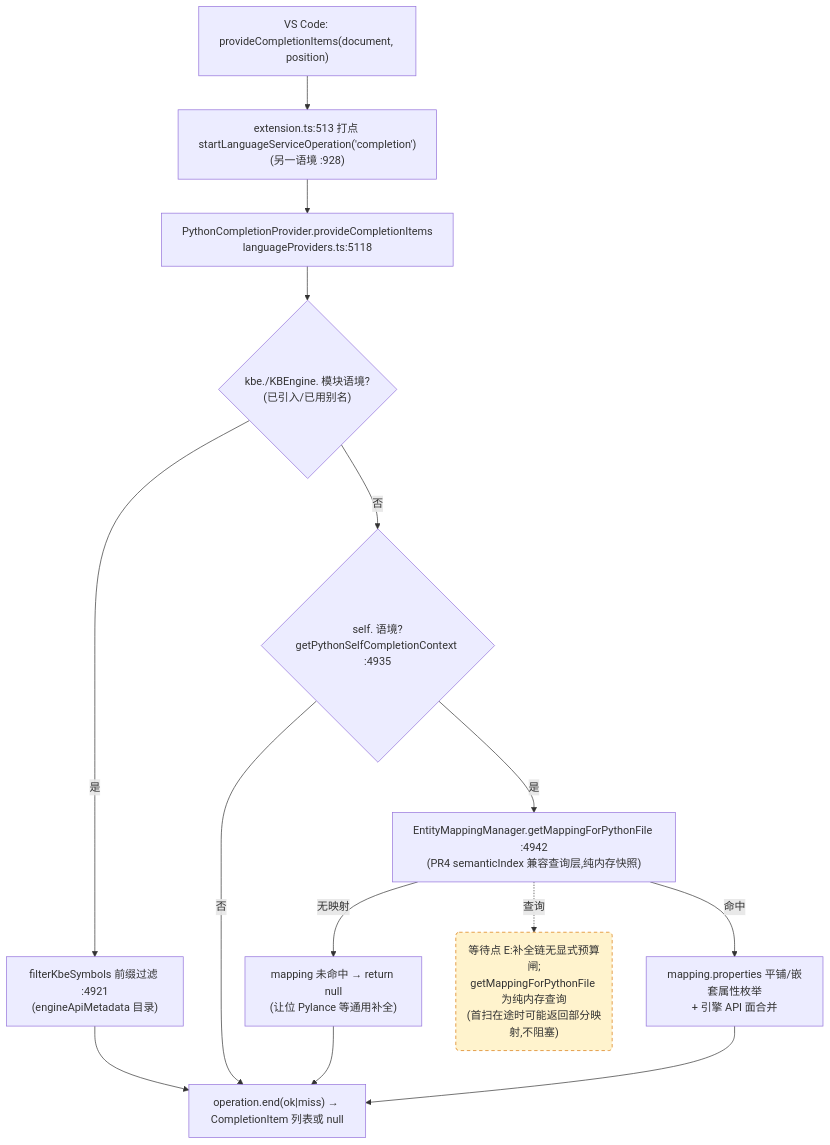
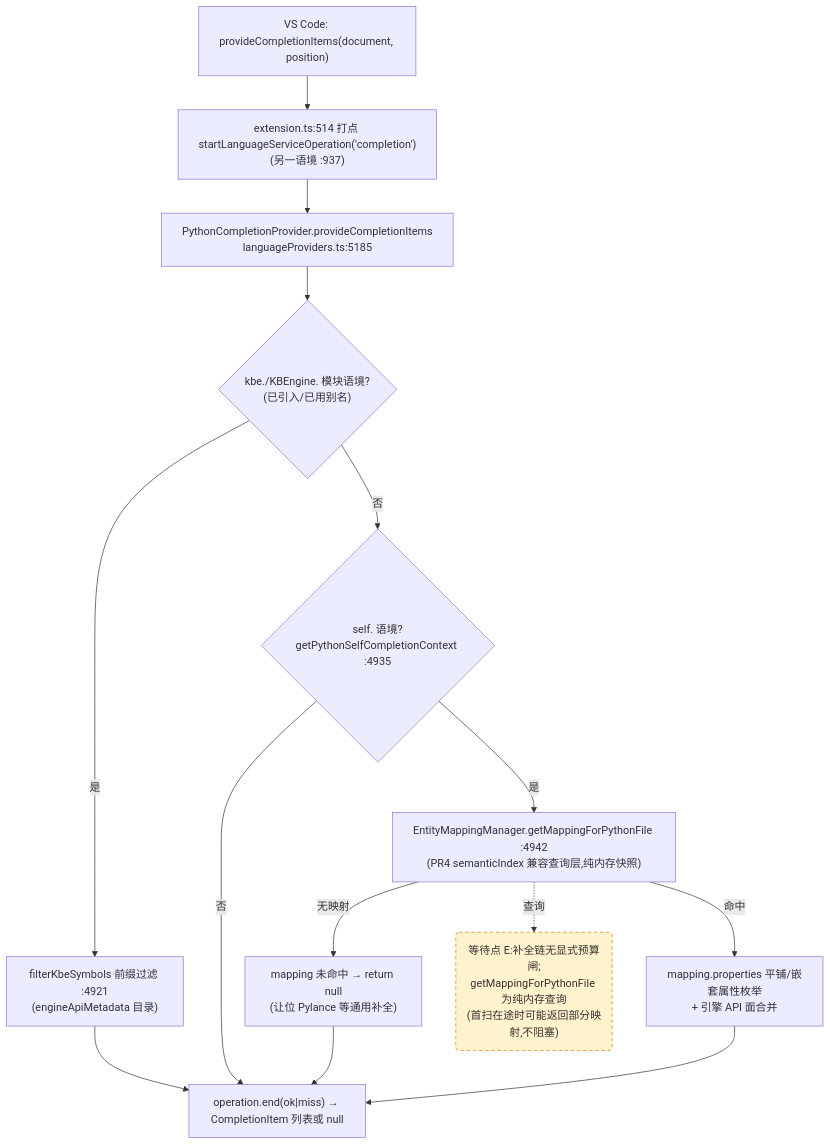
The third of 4 diagrams in docs/perf/2026-baseline.md (cuihairu/kode), drawn with Mermaid before and after one commit. The commit also changed other lines of this file and 6 other files, not shown here.

````diff
--- a/docs/perf/2026-baseline.md
+++ b/docs/perf/2026-baseline.md
@@ -184,27 +184,27 @@
 ```mermaid
 flowchart TD
   VC3["VS Code: provideCompletionItems(document, position)"]
-  M3["extension.ts:513 打点 startLanguageServiceOperation('completion')<br/>(另一语境 :928)"]
-  CP["PythonCompletionProvider.provideCompletionItems<br/>languageProviders.ts:5118"]
+  M3["extension.ts:514 打点 startLanguageServiceOperation('completion')<br/>(另一语境 :937)"]
+  CP["PythonCompletionProvider.provideCompletionItems<br/>languageProviders.ts:5185"]
   KBEC{"kbe./KBEngine. 模块语境?<br/>(已引入/已用别名)"}
   FILTER["filterKbeSymbols 前缀过滤 :4921<br/>(engineApiMetadata 目录)"]
   SELFC{"self. 语境?<br/>getPythonSelfCompletionContext :4935"}
   MAP["EntityMappingManager.getMappingForPythonFile :4942<br/>(PR4 semanticIndex 兼容查询层,纯内存快照)"]
   NOMAP["mapping 未命中 → return null<br/>(让位 Pylance 等通用补全)"]
   PROPS["mapping.properties 平铺/嵌套属性枚举<br/>+ 引擎 API 面合并"]
   END3["operation.end(ok|miss) → CompletionItem 列表或 null"]
 
   VC3 --> M3 --> CP --> KBEC
   KBEC -- "是" --> FILTER --> END3
   KBEC -- "否" --> SELFC
   SELFC -- "否" --> END3
   SELFC -- "是" --> MAP
   MAP -- "无映射" --> NOMAP --> END3
   MAP -- "命中" --> PROPS --> END3
 
   WAITE("等待点 E:补全链无显式预算闸;<br/>getMappingForPythonFile 为纯内存查询<br/>(首扫在途时可能返回部分映射,不阻塞)")
   MAP -.->|查询| WAITE
 
   classDef waitPoint fill:#fff3cd,stroke:#d97706,stroke-dasharray:5 4;
   class WAITE waitPoint;
 ```
````
